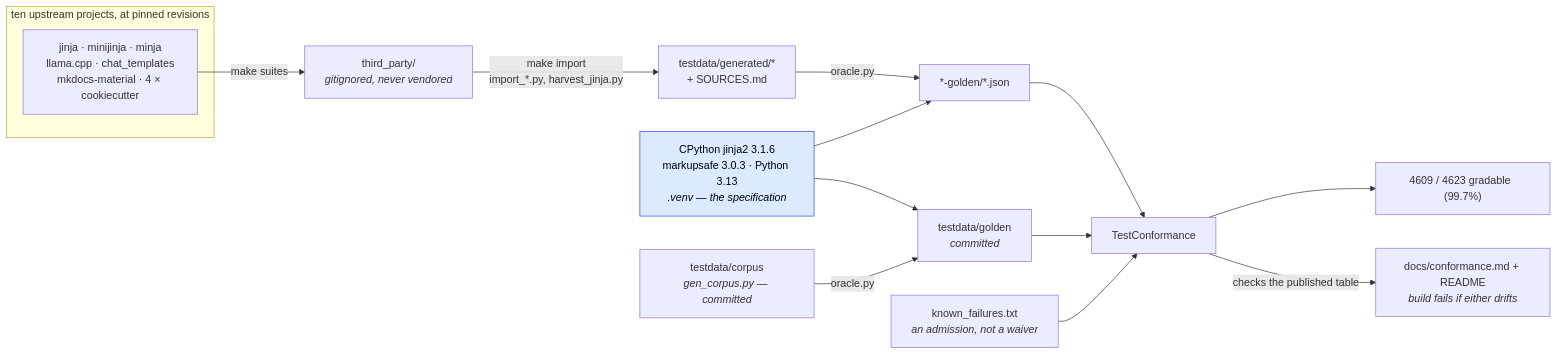
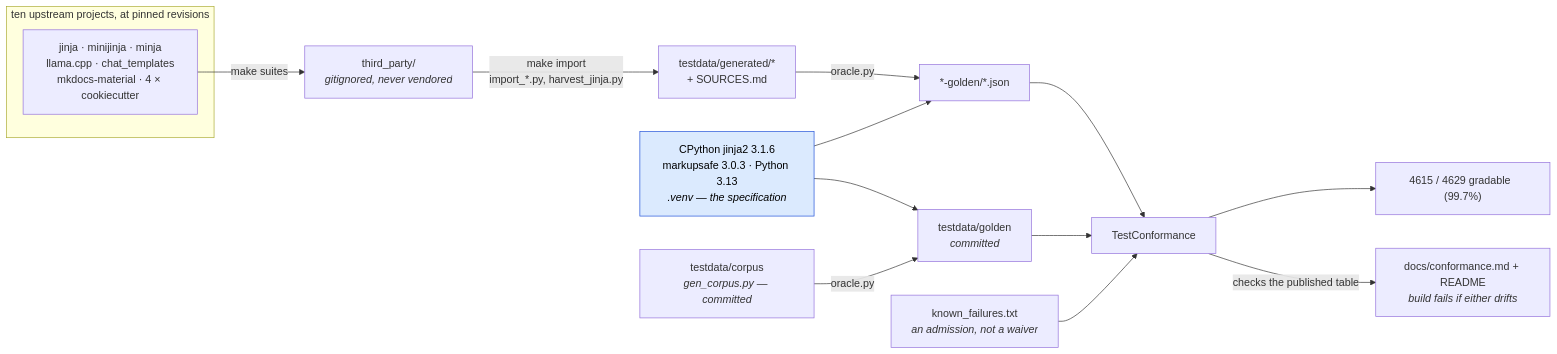
The first of 2 diagrams in docs/conformance.md (mgilbir/gojja2), drawn with Mermaid before and after one commit. The commit also changed other lines of this file and 22 other files, not shown here.

````diff
--- a/docs/conformance.md
+++ b/docs/conformance.md
@@ -17,24 +17,24 @@
 ```mermaid
 flowchart LR
     subgraph up["ten upstream projects, at pinned revisions"]
         U1["jinja · minijinja · minja<br/>llama.cpp · chat_templates<br/>mkdocs-material · 4 × cookiecutter"]
     end
     U1 -->|"make suites"| TP["third_party/<br/><i>gitignored, never vendored</i>"]
     TP -->|"make import<br/>import_*.py, harvest_jinja.py"| GEN["testdata/generated/*<br/>+ SOURCES.md"]
 
     ORA["CPython jinja2 3.1.6<br/>markupsafe 3.0.3 · Python 3.13<br/><i>.venv — the specification</i>"]
     GEN -->|"oracle.py"| G2["*-golden/*.json"]
     ORA --> G2
 
     OWN["testdata/corpus<br/><i>gen_corpus.py — committed</i>"] -->|"oracle.py"| G1["testdata/golden<br/><i>committed</i>"]
     ORA --> G1
 
     G1 --> TC["TestConformance"]
     G2 --> TC
     KF["known_failures.txt<br/><i>an admission, not a waiver</i>"] --> TC
-    TC --> RATE["4609 / 4623 gradable  (99.7%)"]
+    TC --> RATE["4615 / 4629 gradable  (99.7%)"]
     TC -->|"checks the published table"| RM["docs/conformance.md + README<br/><i>build fails if either drifts</i>"]
 
     classDef spec fill:#dbeafe,stroke:#1d4ed8,color:#000
     class ORA spec
 ```
````
